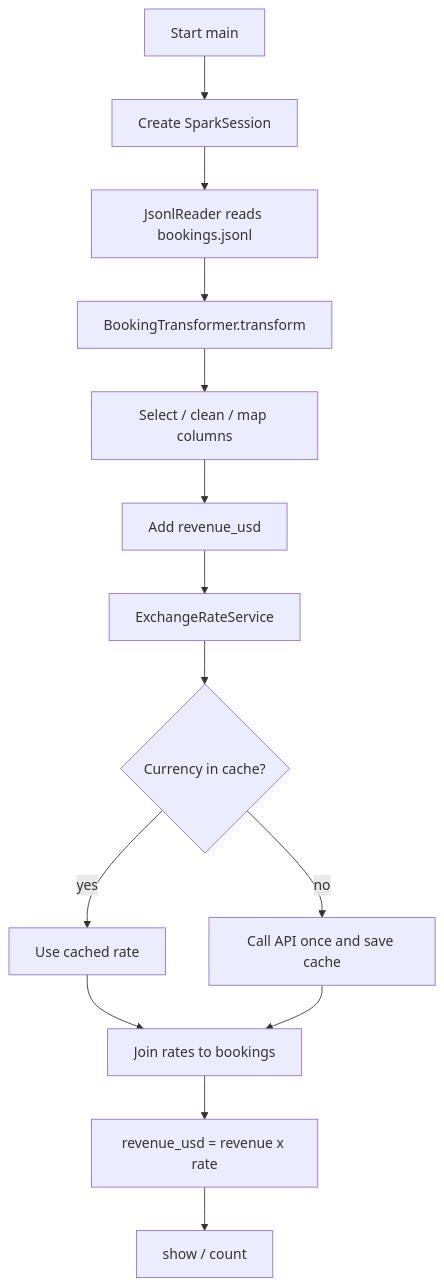
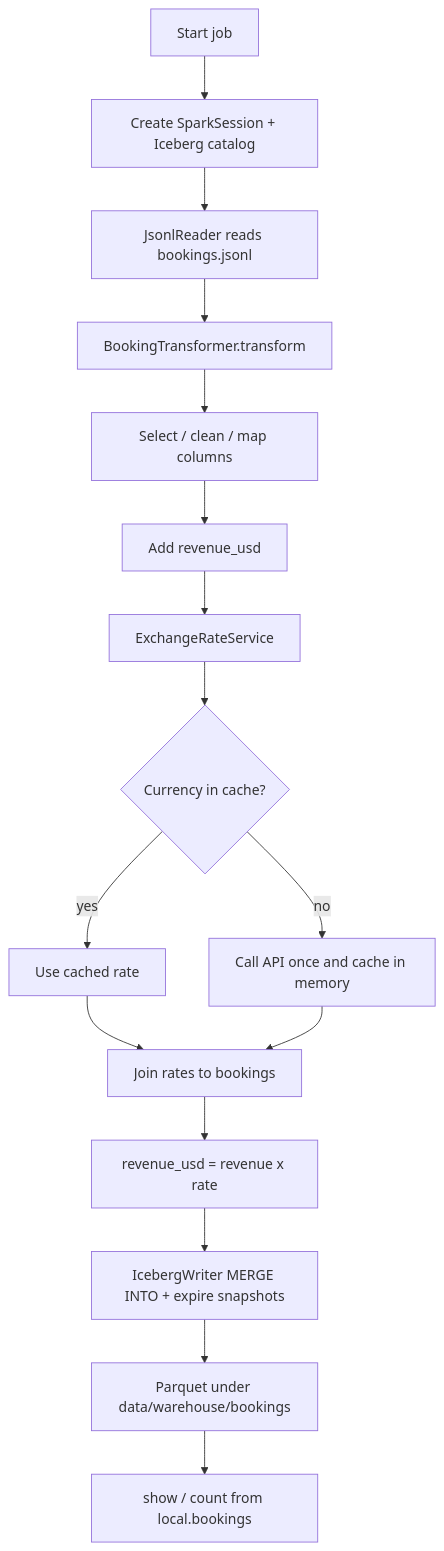
The diagram in README.md (SadikMR/pyspark-iceberg-project), drawn with Mermaid before and after one commit. The commit also changed other lines of this file and 9 other files, not shown here.

Commit message:
Refactor project structure to support Iceberg integration; added booking ETL job with Iceberg table writing functionality. Updated documentation and configuration for Iceberg catalog and warehouse settings.

````diff
--- a/README.md
+++ b/README.md
@@ -57,16 +91,18 @@
 ```mermaid
 flowchart TD
-  A[Start main] --> B[Create SparkSession]
+  A[Start job] --> B[Create SparkSession + Iceberg catalog]
   B --> C[JsonlReader reads bookings.jsonl]
   C --> D[BookingTransformer.transform]
   D --> E[Select / clean / map columns]
   E --> F[Add revenue_usd]
   F --> G[ExchangeRateService]
   G --> H{Currency in cache?}
   H -->|yes| I[Use cached rate]
-  H -->|no| J[Call API once and save cache]
+  H -->|no| J[Call API once and cache in memory]
   I --> K[Join rates to bookings]
   J --> K
   K --> L[revenue_usd = revenue x rate]
-  L --> M[show / count]
+  L --> M[IcebergWriter MERGE INTO + expire snapshots]
+  M --> N[Parquet under data/warehouse/bookings]
+  N --> O[show / count from local.bookings]
 ```
````
